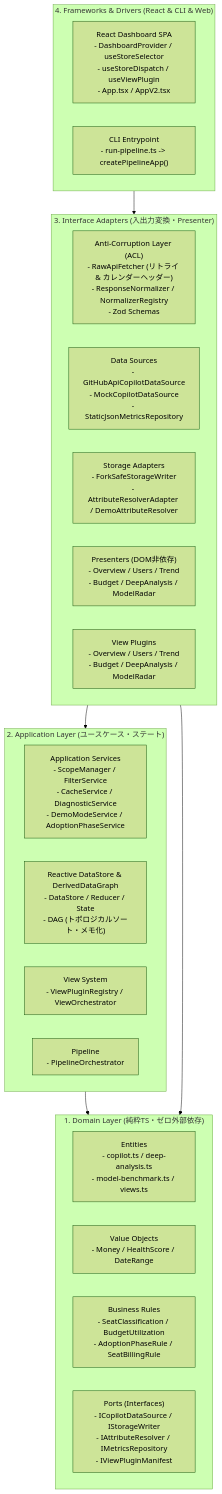
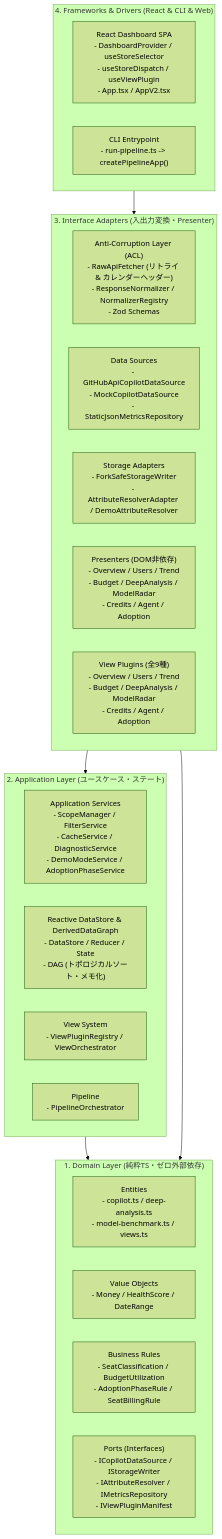
Before and after one commit to sun-flat-yamada/github-copilot-dashboard: the second of 2 diagrams in docs/specifications/02_system_architecture.ja.md, drawn with Mermaid (forest theme). The commit also changed other lines of this file and 26 other files, not shown here.

Commit message:
feat: complete 9-view clean architecture with analytics and demo dataset (Phase 6-C) (#78)

````diff
--- a/docs/specifications/02_system_architecture.ja.md
+++ b/docs/specifications/02_system_architecture.ja.md
@@ -116,34 +116,34 @@
 ```mermaid
 flowchart TD
     subgraph Domain["1. Domain Layer (純粋TS・ゼロ外部依存)"]
         Entities["Entities\n- copilot.ts / deep-analysis.ts\n- model-benchmark.ts / views.ts"]
         VO["Value Objects\n- Money / HealthScore / DateRange"]
         Rules["Business Rules\n- SeatClassification / BudgetUtilization\n- AdoptionPhaseRule / SeatBillingRule"]
         Ports["Ports (Interfaces)\n- ICopilotDataSource / IStorageWriter\n- IAttributeResolver / IMetricsRepository\n- IViewPluginManifest"]
     end
 
     subgraph Application["2. Application Layer (ユースケース・ステート)"]
         Services["Application Services\n- ScopeManager / FilterService\n- CacheService / DiagnosticService\n- DemoModeService / AdoptionPhaseService"]
         Store["Reactive DataStore & DerivedDataGraph\n- DataStore / Reducer / State\n- DAG (トポロジカルソート・メモ化)"]
         Views["View System\n- ViewPluginRegistry / ViewOrchestrator"]
         Pipeline["Pipeline\n- PipelineOrchestrator"]
     end
 
     subgraph Adapters["3. Interface Adapters (入出力変換・Presenter)"]
         ACL["Anti-Corruption Layer (ACL)\n- RawApiFetcher (リトライ & カレンダーヘッダー)\n- ResponseNormalizer / NormalizerRegistry\n- Zod Schemas"]
         DataSources["Data Sources\n- GitHubApiCopilotDataSource\n- MockCopilotDataSource\n- StaticJsonMetricsRepository"]
         StorageAdapters["Storage Adapters\n- ForkSafeStorageWriter\n- AttributeResolverAdapter / DemoAttributeResolver"]
-        Presenters["Presenters (DOM非依存)\n- Overview / Users / Trend\n- Budget / DeepAnalysis / ModelRadar"]
-        ViewPlugins["View Plugins\n- Overview / Users / Trend\n- Budget / DeepAnalysis / ModelRadar"]
+        Presenters["Presenters (DOM非依存)\n- Overview / Users / Trend\n- Budget / DeepAnalysis / ModelRadar\n- Credits / Agent / Adoption"]
+        ViewPlugins["View Plugins (全9種)\n- Overview / Users / Trend\n- Budget / DeepAnalysis / ModelRadar\n- Credits / Agent / Adoption"]
     end
 
     subgraph Frameworks["4. Frameworks & Drivers (React & CLI & Web)"]
         ReactUI["React Dashboard SPA\n- DashboardProvider / useStoreSelector\n- useStoreDispatch / useViewPlugin\n- App.tsx / AppV2.tsx"]
         CLI["CLI Entrypoint\n- run-pipeline.ts -> createPipelineApp()"]
     end
 
     Frameworks --> Adapters
     Adapters --> Application
     Application --> Domain
     Adapters --> Domain
 ```
````
